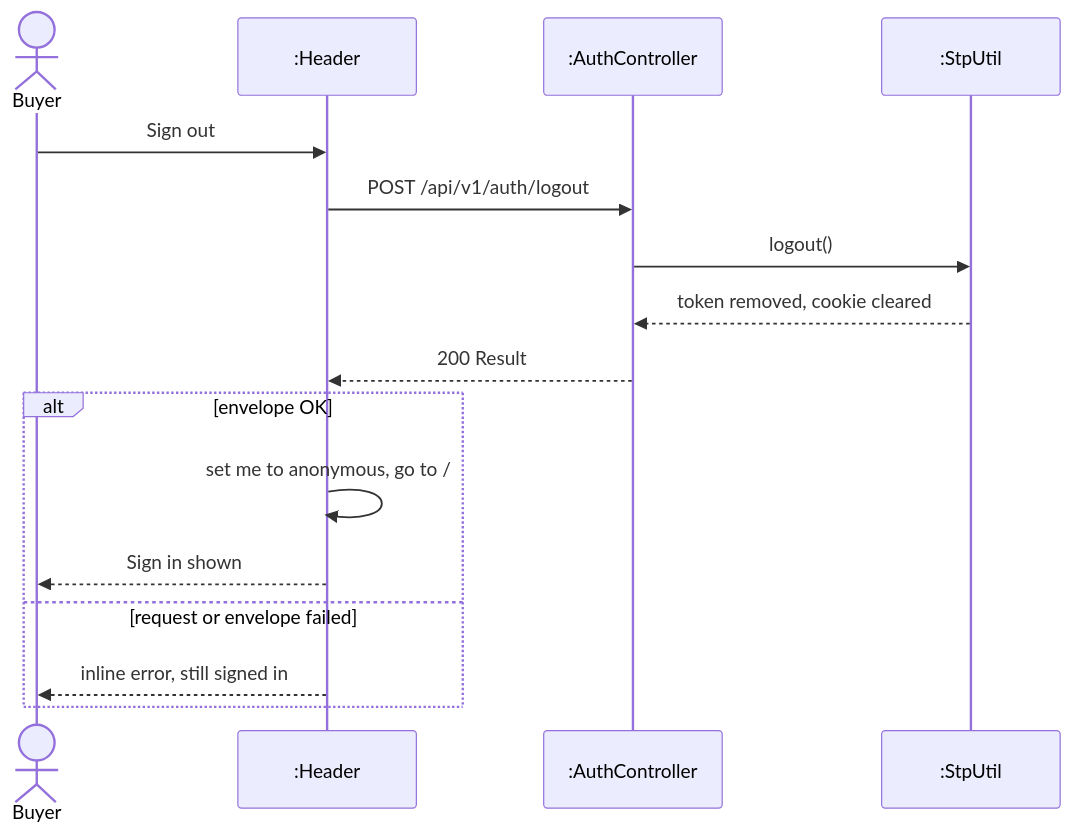
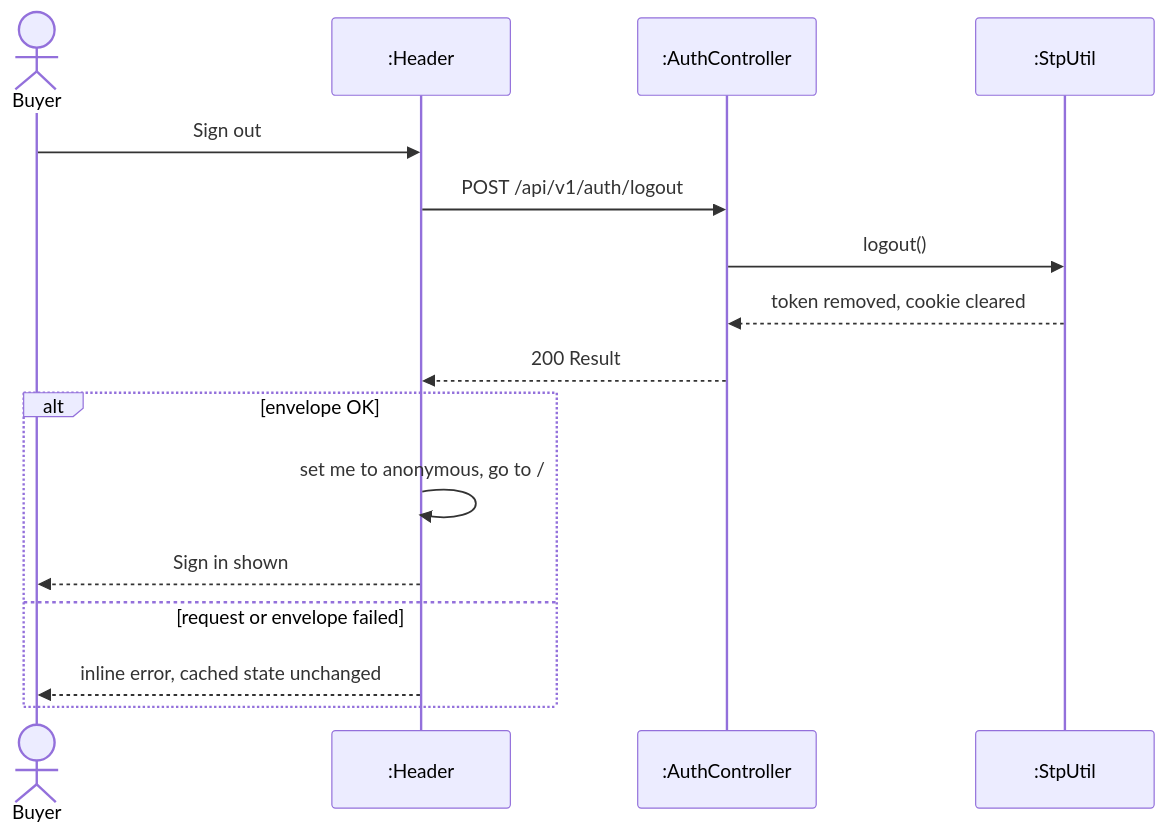
Diagram 17 of 18 in docs/swe5006/report/sections/03-4-3-pan.md (PPsyrius/iss-groupbuy-team8), drawn with Mermaid before and after one commit. The commit also changed other lines of this file, not shown here.

First line of the commit message:
docs(report): a failed sign-out leaves the cached state unchanged, and the server outcome may be unknown, at 3.4.3 (#463) [owner: Pan]

````diff
--- a/docs/swe5006/report/sections/03-4-3-pan.md
+++ b/docs/swe5006/report/sections/03-4-3-pan.md
@@ -730,18 +730,18 @@
 ```mermaid
 sequenceDiagram
     actor Buyer
     participant H as :Header
     participant AC as :AuthController
     participant ST as :StpUtil
     Buyer->>H: Sign out
     H->>AC: POST /api/v1/auth/logout
     AC->>ST: logout()
     ST-->>AC: token removed, cookie cleared
     AC-->>H: 200 Result
     alt envelope OK
         H->>H: set me to anonymous, go to /
         H-->>Buyer: Sign in shown
     else request or envelope failed
-        H-->>Buyer: inline error, still signed in
+        H-->>Buyer: inline error, cached state unchanged
     end
 ```
````
